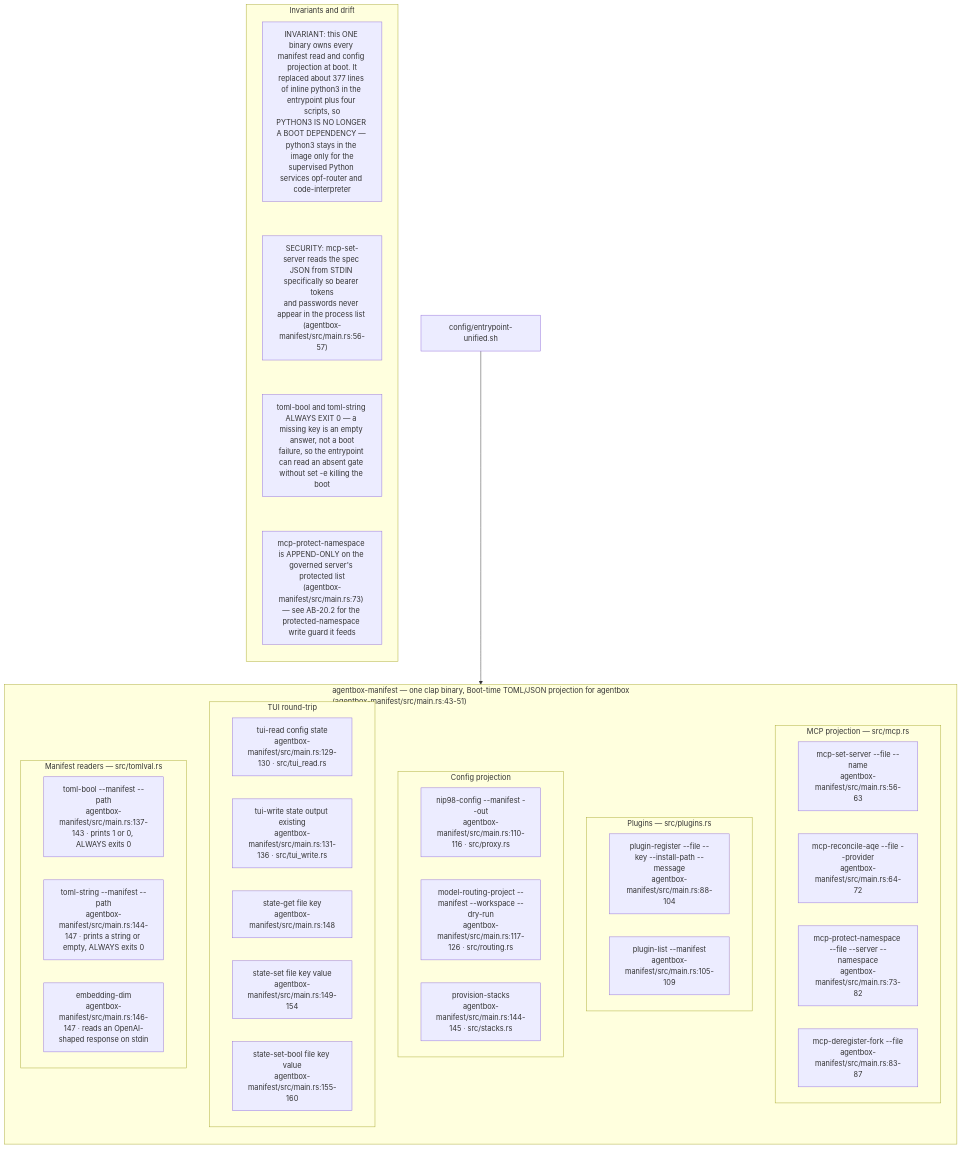
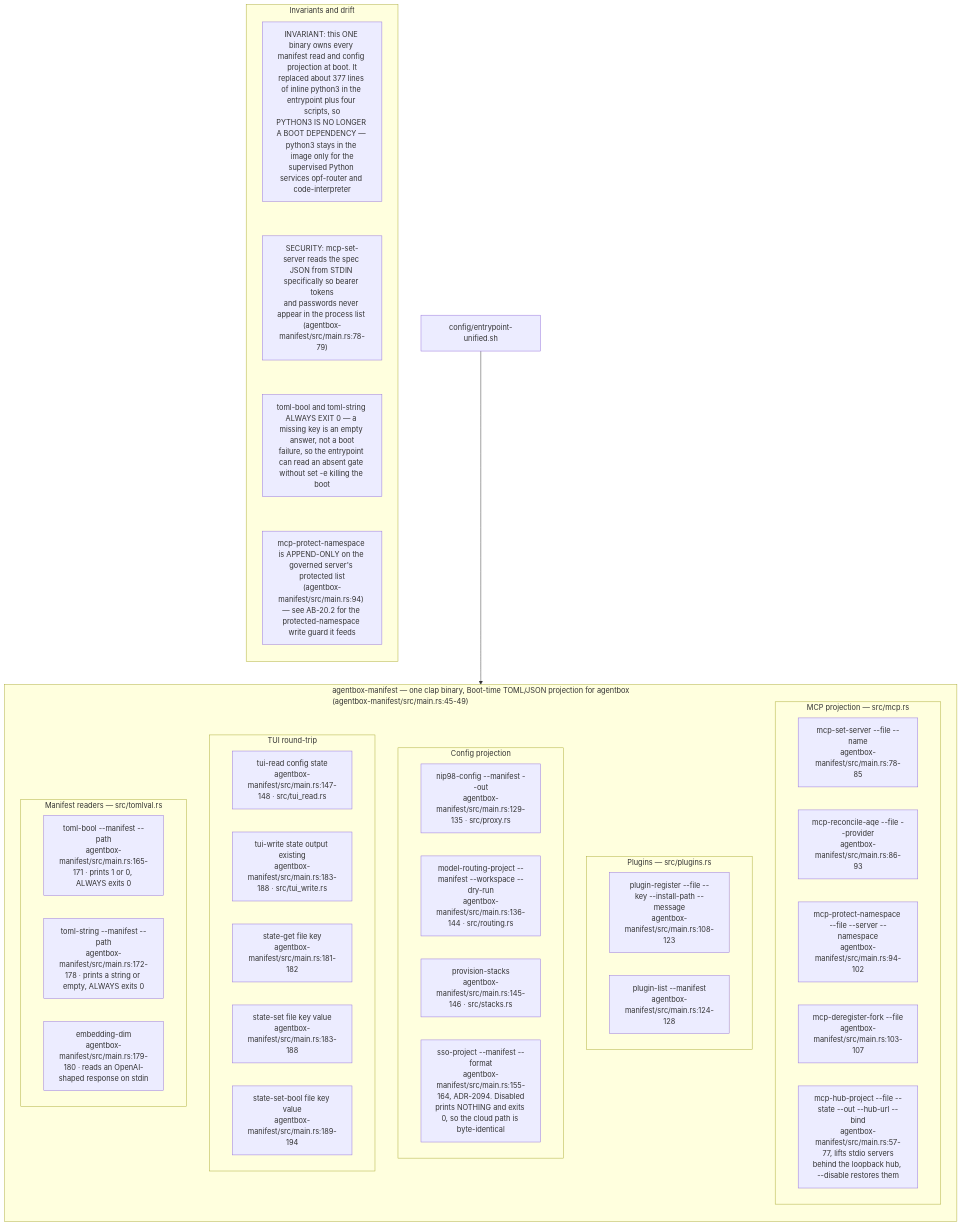
One commit to DreamLab-AI/VisionFlow changed the first of 13 diagrams in docs/diagrams/agentbox/28-agentbox-services-and-manifest-binary.md. Above: the diagram before and after it, drawn with Mermaid. The commit also changed other lines of this file and 28 other files, not shown here.

````diff
--- a/docs/diagrams/agentbox/28-agentbox-services-and-manifest-binary.md
+++ b/docs/diagrams/agentbox/28-agentbox-services-and-manifest-binary.md
@@ -76,42 +80,44 @@
 ```mermaid
 flowchart TB
-    subgraph cli["agentbox-manifest — one clap binary, Boot-time TOML/JSON projection for agentbox<br/>(agentbox-manifest/src/main.rs:43-51)"]
+    subgraph cli["agentbox-manifest — one clap binary, Boot-time TOML/JSON projection for agentbox<br/>(agentbox-manifest/src/main.rs:45-49)"]
         direction TB
         subgraph mcpg["MCP projection — src/mcp.rs"]
-            C1["mcp-set-server --file --name<br/>agentbox-manifest/src/main.rs:56-63"]
-            C2["mcp-reconcile-aqe --file --provider<br/>agentbox-manifest/src/main.rs:64-72"]
-            C3["mcp-protect-namespace --file --server --namespace<br/>agentbox-manifest/src/main.rs:73-82"]
-            C4["mcp-deregister-fork --file<br/>agentbox-manifest/src/main.rs:83-87"]
+            C1["mcp-set-server --file --name<br/>agentbox-manifest/src/main.rs:78-85"]
+            C2["mcp-reconcile-aqe --file --provider<br/>agentbox-manifest/src/main.rs:86-93"]
+            C3["mcp-protect-namespace --file --server --namespace<br/>agentbox-manifest/src/main.rs:94-102"]
+            C4["mcp-deregister-fork --file<br/>agentbox-manifest/src/main.rs:103-107"]
+            C18["mcp-hub-project --file --state --out --hub-url --bind<br/>agentbox-manifest/src/main.rs:57-77, lifts stdio servers<br/>behind the loopback hub, --disable restores them"]
         end
         subgraph plug["Plugins — src/plugins.rs"]
-            C5["plugin-register --file --key --install-path --message<br/>agentbox-manifest/src/main.rs:88-104"]
-            C6["plugin-list --manifest<br/>agentbox-manifest/src/main.rs:105-109"]
+            C5["plugin-register --file --key --install-path --message<br/>agentbox-manifest/src/main.rs:108-123"]
+            C6["plugin-list --manifest<br/>agentbox-manifest/src/main.rs:124-128"]
         end
         subgraph proj["Config projection"]
-            C7["nip98-config --manifest --out<br/>agentbox-manifest/src/main.rs:110-116 · src/proxy.rs"]
-            C8["model-routing-project --manifest --workspace --dry-run<br/>agentbox-manifest/src/main.rs:117-126 · src/routing.rs"]
-            C9["provision-stacks<br/>agentbox-manifest/src/main.rs:144-145 · src/stacks.rs"]
+            C7["nip98-config --manifest --out<br/>agentbox-manifest/src/main.rs:129-135 · src/proxy.rs"]
+            C8["model-routing-project --manifest --workspace --dry-run<br/>agentbox-manifest/src/main.rs:136-144 · src/routing.rs"]
+            C9["provision-stacks<br/>agentbox-manifest/src/main.rs:145-146 · src/stacks.rs"]
+            C19["sso-project --manifest --format<br/>agentbox-manifest/src/main.rs:155-164, ADR-2094. Disabled<br/>prints NOTHING and exits 0, so the cloud path is byte-identical"]
         end
         subgraph tui["TUI round-trip"]
-            C10["tui-read config state<br/>agentbox-manifest/src/main.rs:129-130 · src/tui_read.rs"]
-            C11["tui-write state output existing<br/>agentbox-manifest/src/main.rs:131-136 · src/tui_write.rs"]
-            C12["state-get file key<br/>agentbox-manifest/src/main.rs:148"]
-            C13["state-set file key value<br/>agentbox-manifest/src/main.rs:149-154"]
-            C14["state-set-bool file key value<br/>agentbox-manifest/src/main.rs:155-160"]
+            C10["tui-read config state<br/>agentbox-manifest/src/main.rs:147-148 · src/tui_read.rs"]
+            C11["tui-write state output existing<br/>agentbox-manifest/src/main.rs:183-188 · src/tui_write.rs"]
+            C12["state-get file key<br/>agentbox-manifest/src/main.rs:181-182"]
+            C13["state-set file key value<br/>agentbox-manifest/src/main.rs:183-188"]
+            C14["state-set-bool file key value<br/>agentbox-manifest/src/main.rs:189-194"]
         end
         subgraph read["Manifest readers — src/tomlval.rs"]
-            C15["toml-bool --manifest --path<br/>agentbox-manifest/src/main.rs:137-143 · prints 1 or 0, ALWAYS exits 0"]
-            C16["toml-string --manifest --path<br/>agentbox-manifest/src/main.rs:144-147 · prints a string or empty, ALWAYS exits 0"]
-            C17["embedding-dim<br/>agentbox-manifest/src/main.rs:146-147 · reads an OpenAI-shaped response on stdin"]
+            C15["toml-bool --manifest --path<br/>agentbox-manifest/src/main.rs:165-171 · prints 1 or 0, ALWAYS exits 0"]
+            C16["toml-string --manifest --path<br/>agentbox-manifest/src/main.rs:172-178 · prints a string or empty, ALWAYS exits 0"]
+            C17["embedding-dim<br/>agentbox-manifest/src/main.rs:179-180 · reads an OpenAI-shaped response on stdin"]
         end
     end
     EP["config/entrypoint-unified.sh"] --> cli
     subgraph notes["Invariants and drift"]
         direction TB
         N1["INVARIANT: this ONE binary owns every manifest read and config projection at boot. It<br/>replaced about 377 lines of inline python3 in the entrypoint plus four scripts, so<br/>PYTHON3 IS NO LONGER A BOOT DEPENDENCY — python3 stays in the image only for the<br/>supervised Python services opf-router and code-interpreter"]
-        N2["SECURITY: mcp-set-server reads the spec JSON from STDIN specifically so bearer tokens<br/>and passwords never appear in the process list (agentbox-manifest/src/main.rs:56-57)"]
+        N2["SECURITY: mcp-set-server reads the spec JSON from STDIN specifically so bearer tokens<br/>and passwords never appear in the process list (agentbox-manifest/src/main.rs:78-79)"]
         N3["toml-bool and toml-string ALWAYS EXIT 0 — a missing key is an empty answer, not a boot<br/>failure, so the entrypoint can read an absent gate without set -e killing the boot"]
-        N4["mcp-protect-namespace is APPEND-ONLY on the governed server's protected list<br/>(agentbox-manifest/src/main.rs:73) — see AB-20.2 for the protected-namespace write guard it feeds"]
+        N4["mcp-protect-namespace is APPEND-ONLY on the governed server's protected list<br/>(agentbox-manifest/src/main.rs:94) — see AB-20.2 for the protected-namespace write guard it feeds"]
         N1 ~~~ N2 ~~~ N3 ~~~ N4
     end
 ```
````
